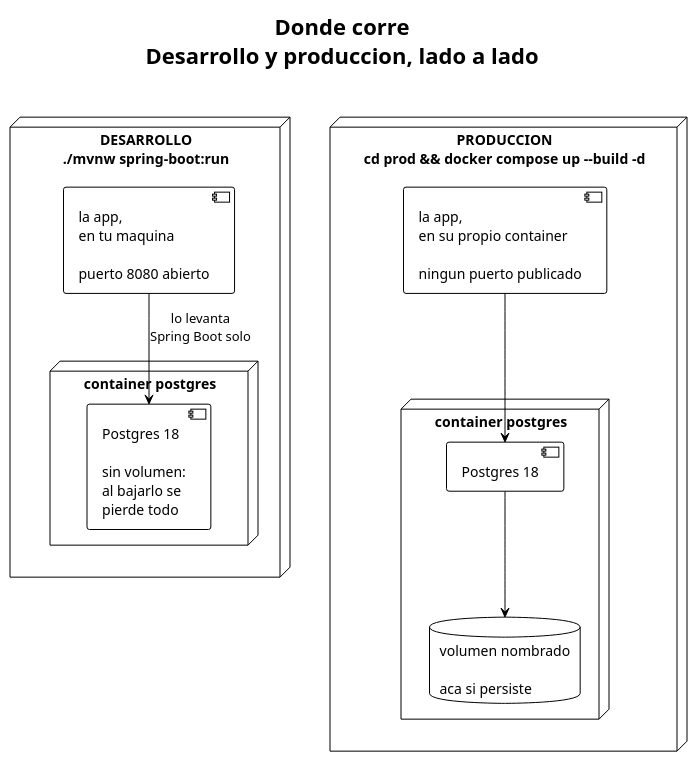
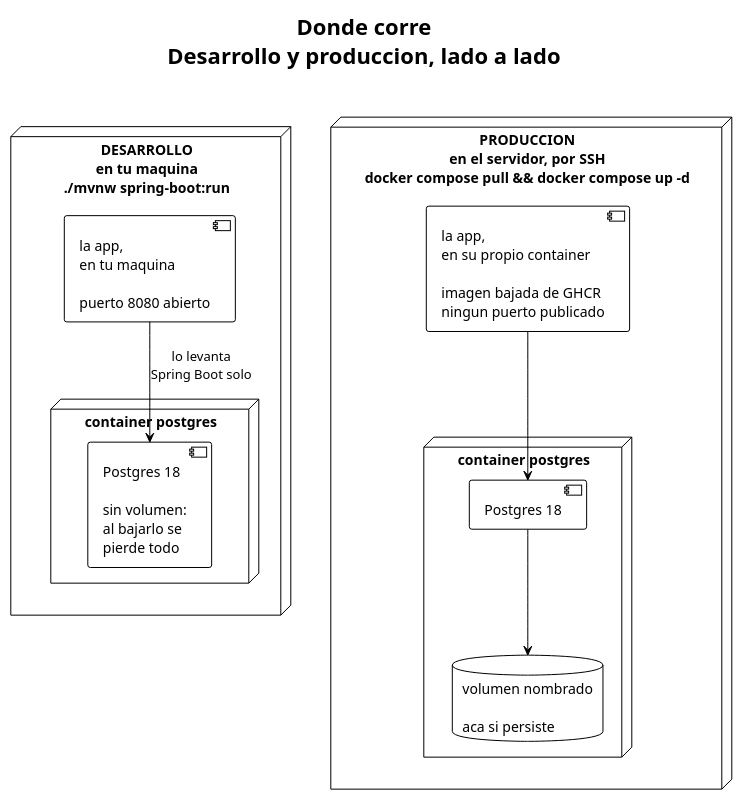
Before and after one commit to EliasNAires/oneprofile: the diagram in docs/para-humanos/diagramas/entorno.puml, drawn with PlantUML. The commit also changed 8 other files, not shown here.

```diff
--- a/docs/para-humanos/diagramas/entorno.puml
+++ b/docs/para-humanos/diagramas/entorno.puml
@@ -1,29 +1,29 @@
 @startuml entorno
 !theme plain
 title Donde corre\nDesarrollo y produccion, lado a lado
 
 skinparam shadowing false
 skinparam nodesep 30
 skinparam ranksep 30
 
-node "DESARROLLO\n./mvnw spring-boot:run" as dev {
+node "DESARROLLO\nen tu maquina\n./mvnw spring-boot:run" as dev {
   component "la app,\nen tu maquina\n\npuerto 8080 abierto" as devapp
   node "container postgres" as devdb {
     component "Postgres 18\n\nsin volumen:\nal bajarlo se\npierde todo" as devpg
   }
   devapp -down-> devpg : lo levanta\nSpring Boot solo
 }
 
-node "PRODUCCION\ncd prod && docker compose up --build -d" as prod {
-  component "la app,\nen su propio container\n\nningun puerto publicado" as papp
+node "PRODUCCION\nen el servidor, por SSH\ndocker compose pull && docker compose up -d" as prod {
+  component "la app,\nen su propio container\n\nimagen bajada de GHCR\nningun puerto publicado" as papp
   node "container postgres" as proddb {
     component "Postgres 18" as ppg
     database "volumen nombrado\n\naca si persiste" as vol
     ppg -down-> vol
   }
   papp -down-> ppg
 }
 
 dev -[hidden]right- prod
 
 @enduml
```
